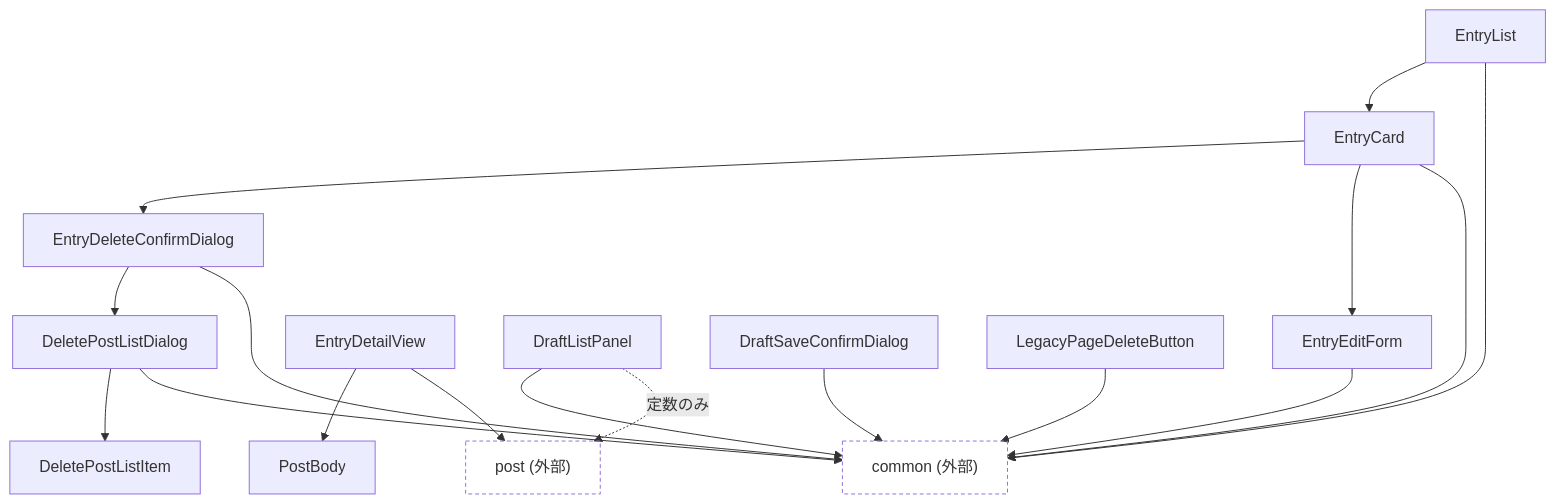
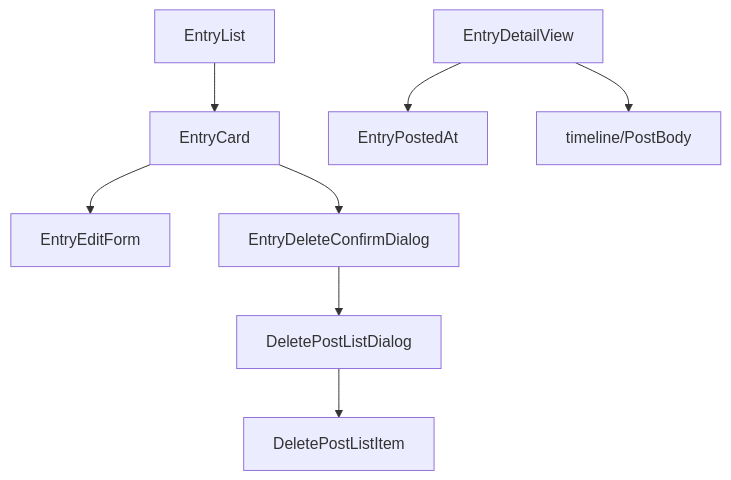
One commit to nekono-dev/skyshare changed the diagram in src/components/entry/README.md. Above: the diagram before and after it, drawn with Mermaid. The commit also changed other lines of this file and 1079 other files, not shown here.

````diff
--- a/src/components/entry/README.md
+++ b/src/components/entry/README.md
@@ -5,26 +5,10 @@
 ```mermaid
 graph TD
   EntryList --> EntryCard
+  EntryCard --> EntryEditForm
   EntryCard --> EntryDeleteConfirmDialog
   EntryDeleteConfirmDialog --> DeletePostListDialog
   DeletePostListDialog --> DeletePostListItem
-  EntryCard --> EntryEditForm
-  EntryDetailView --> PostBody
-
-  EntryList --> commonExt
-  EntryCard --> commonExt
-  EntryEditForm --> commonExt
-  EntryDeleteConfirmDialog --> commonExt
-  DeletePostListDialog --> commonExt
-  DraftListPanel --> commonExt
-  DraftSaveConfirmDialog --> commonExt
-  LegacyPageDeleteButton --> commonExt
-  DraftListPanel -. 定数のみ .-> postExt
-  EntryDetailView --> postExt
-
-  commonExt["common (外部)"]
-  postExt["post (外部)"]
-
-  classDef external stroke-dasharray: 4 3,fill:transparent;
-  class commonExt,postExt external;
+  EntryDetailView --> EntryPostedAt
+  EntryDetailView --> PostBody["timeline/PostBody"]
 ```
````
